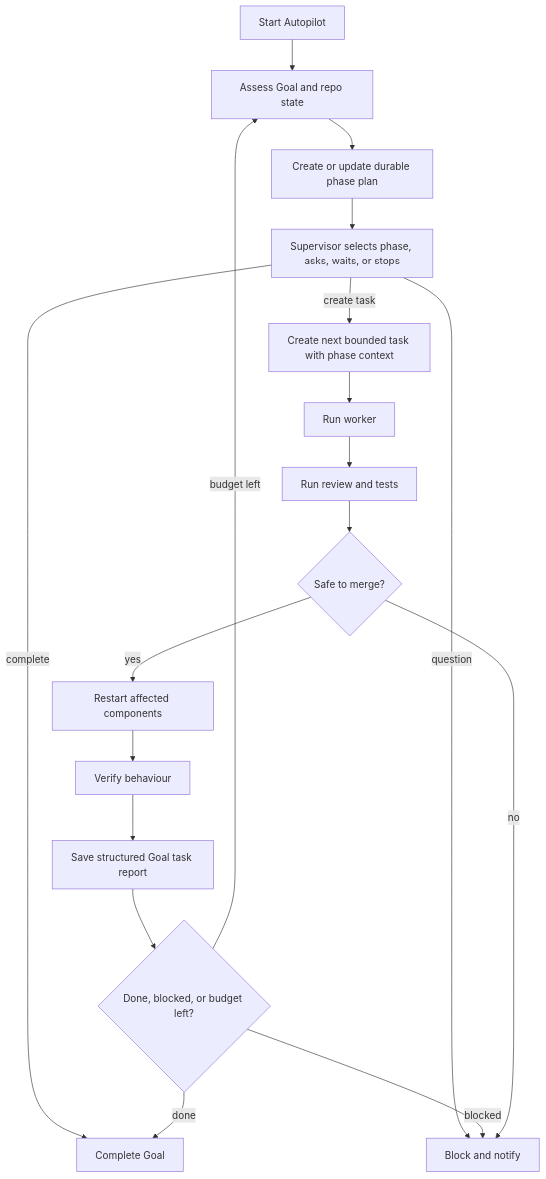
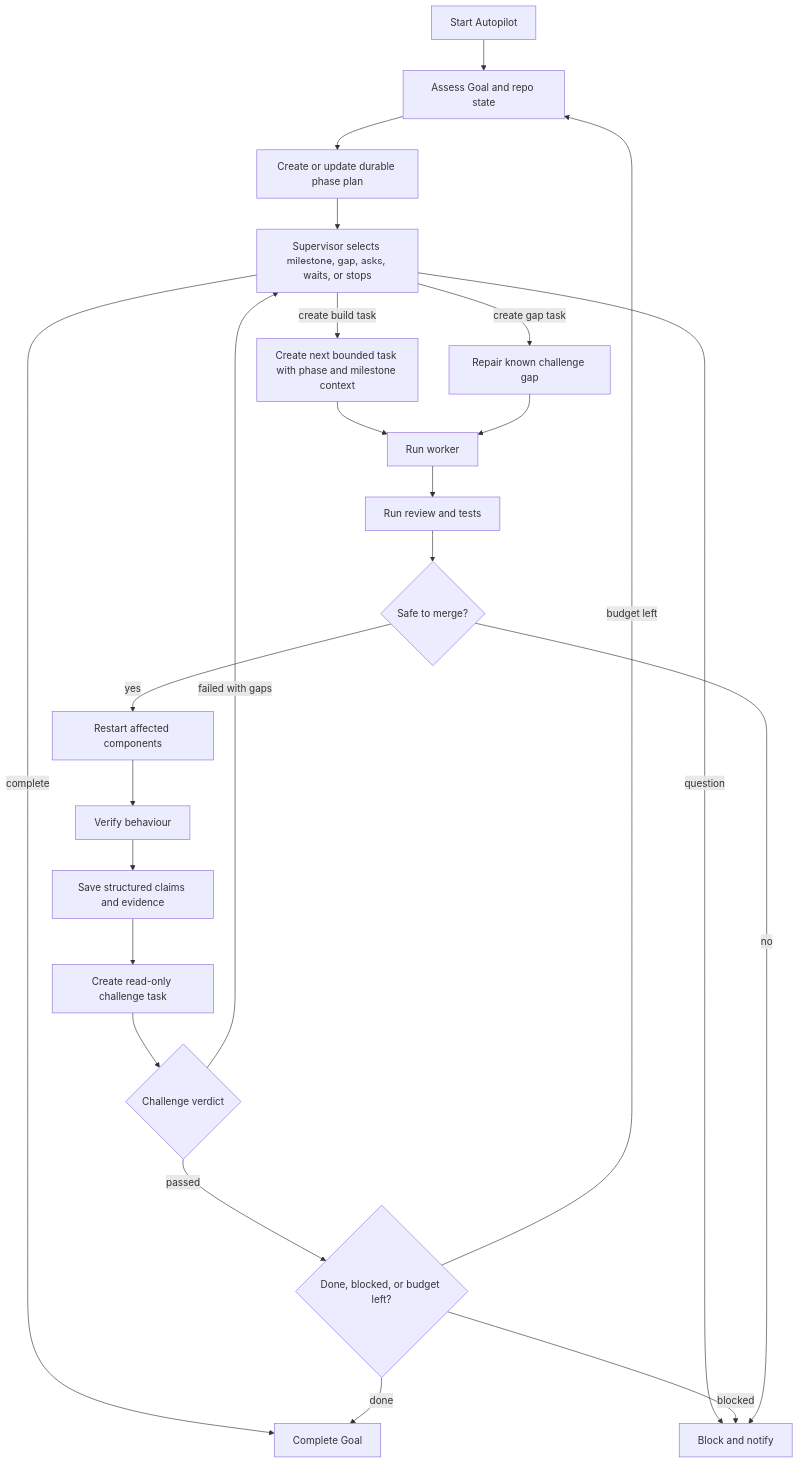
The second of 3 diagrams in README.md (AndrewNeudegg/lab), drawn with Mermaid before and after one commit. The commit also changed other lines of this file and 9 other files, not shown here.

Commit message:
Add Goal milestone challenge loop

````diff
--- a/README.md
+++ b/README.md
@@ -105,20 +109,25 @@
 ```mermaid
 flowchart TD
   Start[Start Autopilot] --> Assess[Assess Goal and repo state]
   Assess --> Plan[Create or update durable phase plan]
-  Plan --> Decide[Supervisor selects phase, asks, waits, or stops]
-  Decide -->|create task| Task[Create next bounded task with phase context]
+  Plan --> Decide[Supervisor selects milestone, gap, asks, waits, or stops]
+  Decide -->|create build task| Task[Create next bounded task with phase and milestone context]
+  Decide -->|create gap task| GapFix[Repair known challenge gap]
   Decide -->|question| Block[Block and notify]
   Decide -->|complete| Complete[Complete Goal]
   Task --> Run[Run worker]
+  GapFix --> Run
   Run --> Review[Run review and tests]
   Review --> Merge{Safe to merge?}
   Merge -->|yes| Restart[Restart affected components]
   Restart --> Verify[Verify behaviour]
-  Verify --> Reflect[Save structured Goal task report]
-  Reflect --> Continue{Done, blocked, or budget left?}
+  Verify --> Reflect[Save structured claims and evidence]
+  Reflect --> Challenge[Create read-only challenge task]
+  Challenge --> Gap{Challenge verdict}
+  Gap -->|failed with gaps| Decide
+  Gap -->|passed| Continue{Done, blocked, or budget left?}
   Continue -->|budget left| Assess
   Continue -->|done| Complete[Complete Goal]
   Continue -->|blocked| Block[Block and notify]
   Merge -->|no| Block
 ```
````
